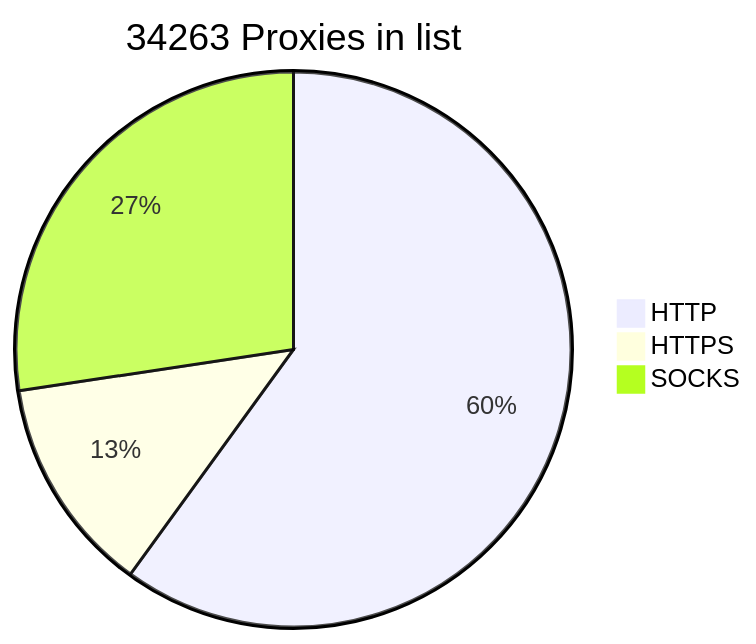
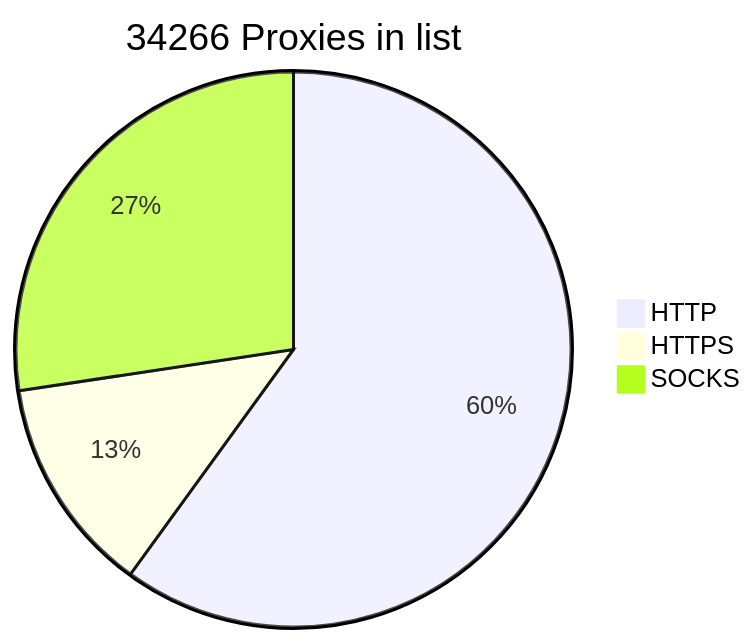
Before and after one commit to BlackSnowDot/proxylist-update-every-minute: the diagram in README.md, drawn with Mermaid.

````diff
--- a/README.md
+++ b/README.md
@@ -2,6 +2,6 @@
 ```mermaid
-pie title 34263 Proxies in list
-    "HTTP" : 22774
+pie title 34266 Proxies in list
+    "HTTP" : 22772
     "HTTPS": 4794
     "SOCKS" : 10392
 ```
````
